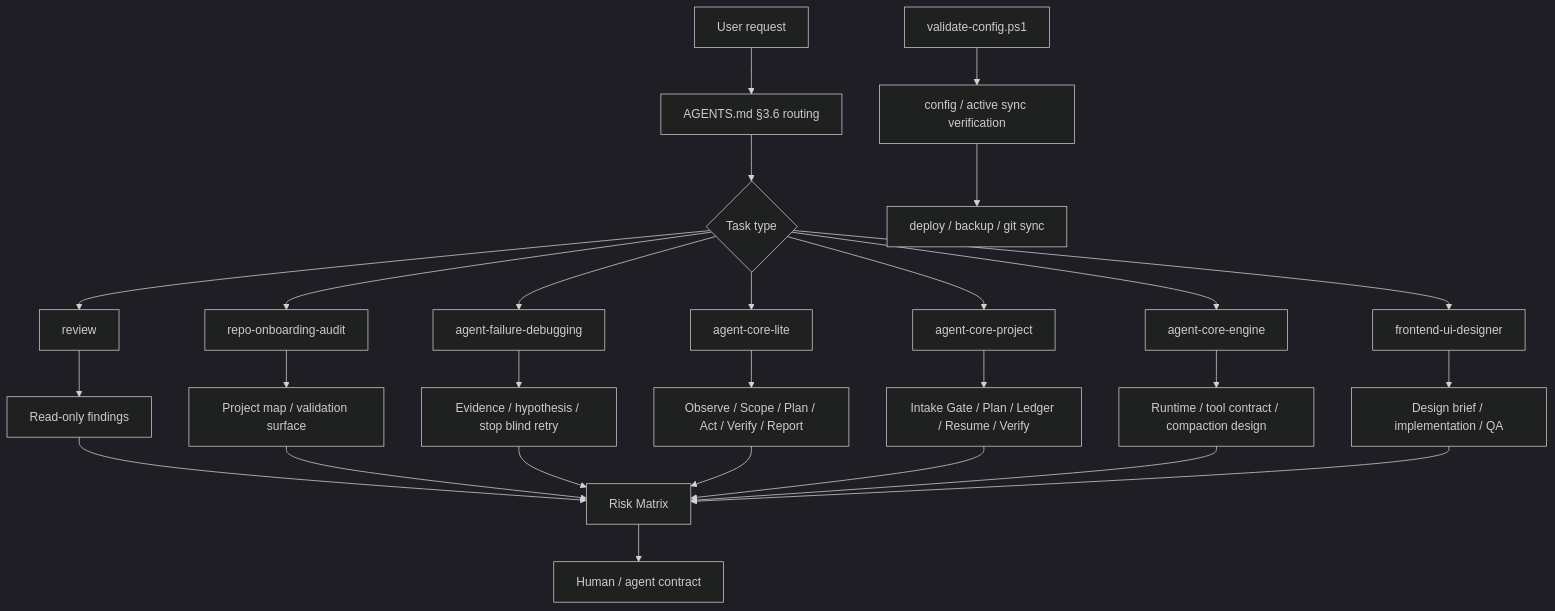
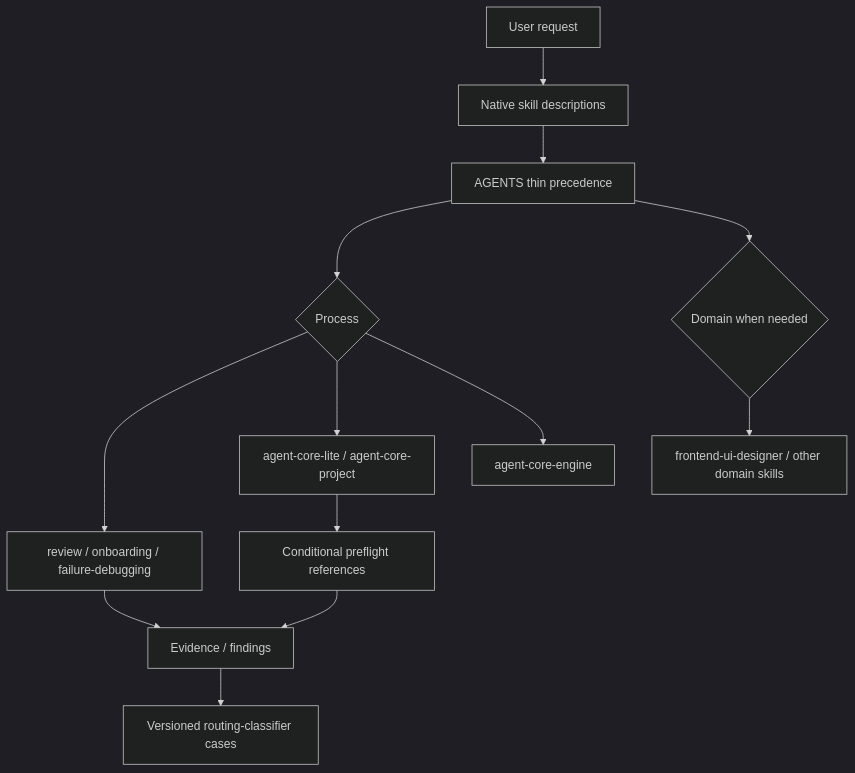
One commit to moonking60144-collab/Agent-Config changed the diagram in README.md. Above: the diagram before and after it, drawn with Mermaid (dark theme). The commit also changed other lines of this file and 22 other files, not shown here.

````diff
--- a/README.md
+++ b/README.md
@@ -121,31 +128,15 @@
-```mermaid
+~~~mermaid
 flowchart TD
-  A["User request"] --> B["AGENTS.md §3.6 routing"]
-  B --> C{"Task type"}
-  C --> D["review"]
-  C --> E["repo-onboarding-audit"]
-  C --> F["agent-failure-debugging"]
-  C --> G["agent-core-lite"]
-  C --> H["agent-core-project"]
-  C --> I["agent-core-engine"]
-  C --> J["frontend-ui-designer"]
-
-  D --> K["Read-only findings"]
-  E --> L["Project map / validation surface"]
-  F --> M["Evidence / hypothesis / stop blind retry"]
-  G --> N["Observe / Scope / Plan / Act / Verify / Report"]
-  H --> O["Intake Gate / Plan / Ledger / Resume / Verify"]
-  I --> P["Runtime / tool contract / compaction design"]
-  J --> Q["Design brief / implementation / QA"]
-
-  K --> R["Risk Matrix"]
-  L --> R
-  M --> R
-  N --> R
-  O --> R
-  P --> R
-  Q --> R
-  R --> S["Human / agent contract"]
-  U["validate-config.ps1"] --> V["config / active sync verification"]
-  V --> W["deploy / backup / git sync"]
-```
+  A["User request"] --> B["Native skill descriptions"]
+  B --> C["AGENTS thin precedence"]
+  C --> D{"Process"}
+  D --> E["review / onboarding / failure-debugging"]
+  D --> F["agent-core-lite / agent-core-project"]
+  D --> G["agent-core-engine"]
+  C --> H{"Domain when needed"}
+  H --> I["frontend-ui-designer / other domain skills"]
+  F --> J["Conditional preflight references"]
+  E --> K["Evidence / findings"]
+  J --> K
+  K --> L["Versioned routing-classifier cases"]
+~~~
````
